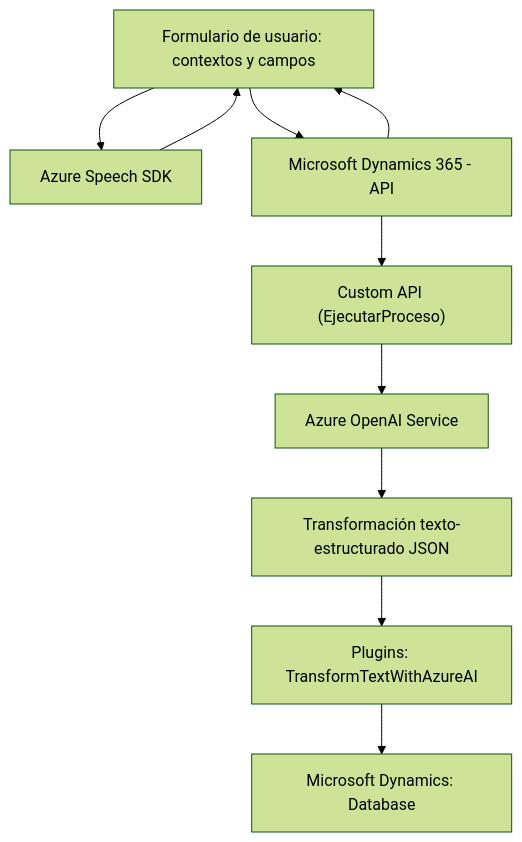
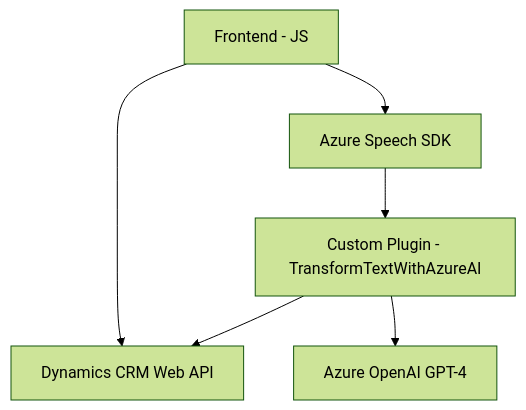
The diagram in README.md (blopezdm/NETCORE_BILBAO2025), drawn with Mermaid (forest theme) before and after one commit. The commit also changed other lines of this file, not shown here.

````diff
--- a/README.md
+++ b/README.md
@@ -54,12 +45,14 @@
 ```mermaid
 graph TD
-    A["Frontend (JavaScript): speechForm - readForm"] --> B["Azure Speech SDK"]
-    A["Frontend (JavaScript): speechForm - readForm"] --> C["Microsoft Dynamics 365 - API"]
-    C["Microsoft Dynamics 365 - API"] --> D["Custom API (EjecutarProceso)"]
-    D["Custom API (EjecutarProceso)"] --> E["Azure OpenAI Service"]
-    E["Azure OpenAI Service"] --> F["Transformación texto-estructurado JSON"]
-    F --> G["Plugins: TransformTextWithAzureAI"]
-    B --> A["Reconocimiento y síntesis de voz"]
-    C --> A["Formulario de usuario: contextos y campos"]
-    G --> H["Microsoft Dynamics: Database"]
+    A["Frontend - JS"]
+    B["Azure Speech SDK"]
+    C["Dynamics CRM Web API"]
+    D["Custom Plugin - TransformTextWithAzureAI"]
+    E["Azure OpenAI GPT-4"]
+    
+    A --> B
+    A --> C
+    B --> D
+    D --> C
+    D --> E
 ```
````
